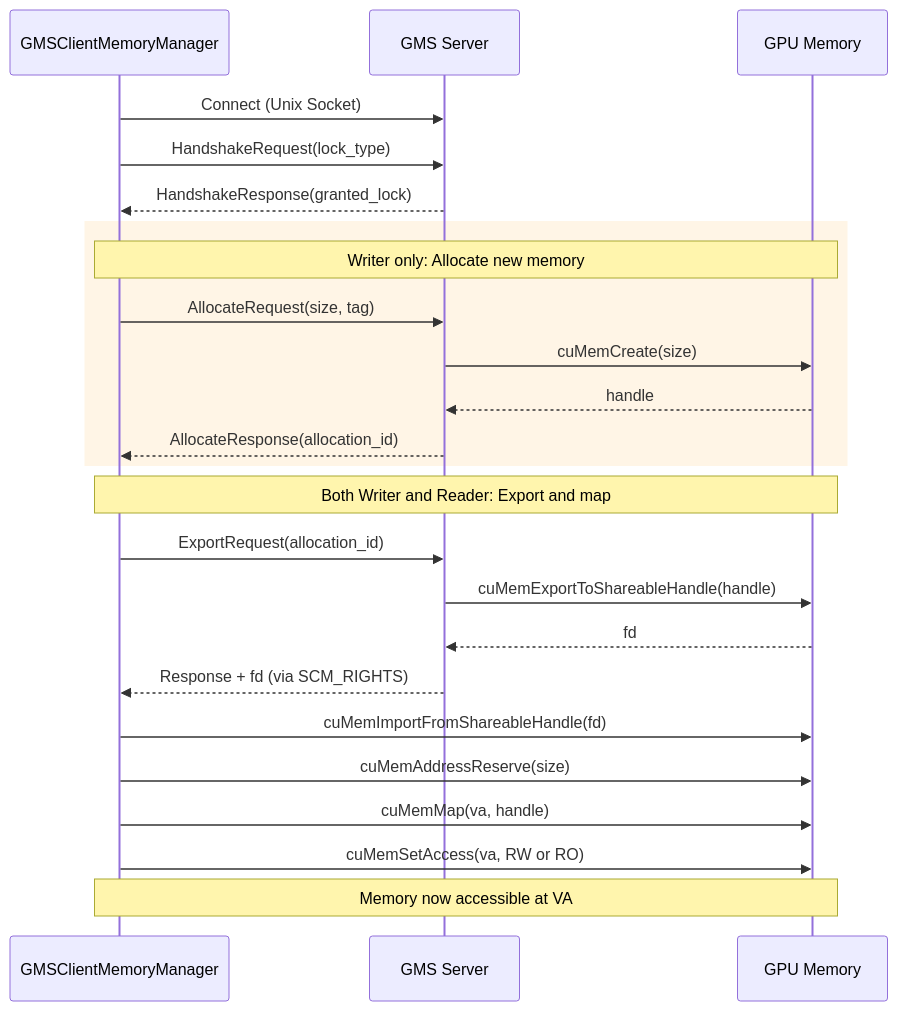
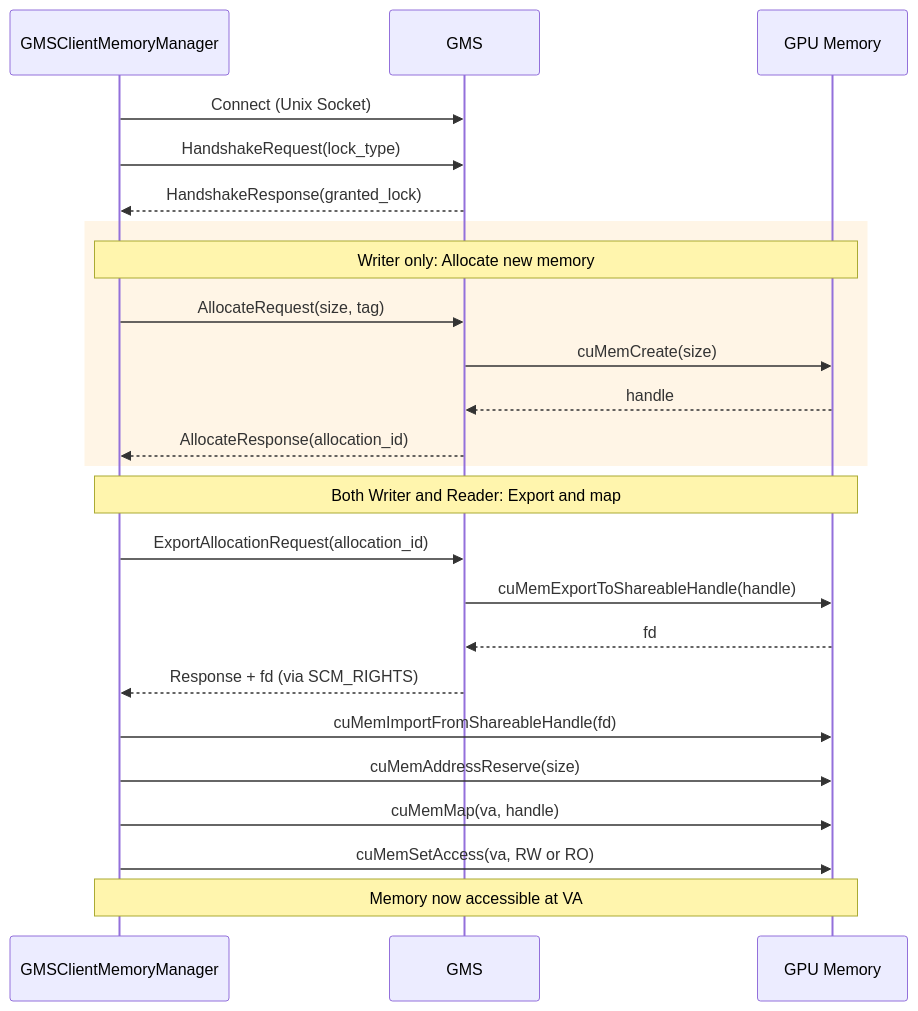
The first of 8 diagrams in lib/gpu_memory_service/README.md (ai-dynamo/dynamo), drawn with Mermaid before and after one commit. The commit also changed other lines of this file and 15 other files, not shown here.

Commit message:
Refactor GMS client and server session layers

````diff
--- a/lib/gpu_memory_service/README.md
+++ b/lib/gpu_memory_service/README.md
@@ -92,34 +92,34 @@
 ```mermaid
 sequenceDiagram
     participant C as GMSClientMemoryManager
-    participant S as GMS Server
+    participant S as GMS
     participant GPU as GPU Memory
 
     %% Connection
     C->>S: Connect (Unix Socket)
     C->>S: HandshakeRequest(lock_type)
     S-->>C: HandshakeResponse(granted_lock)
 
     %% Allocation (Writer only)
     rect rgb(255, 245, 230)
         Note over C,GPU: Writer only: Allocate new memory
         C->>S: AllocateRequest(size, tag)
         S->>GPU: cuMemCreate(size)
         GPU-->>S: handle
         S-->>C: AllocateResponse(allocation_id)
     end
 
     %% Export/Import (Both Writer and Reader)
     Note over C,GPU: Both Writer and Reader: Export and map
-    C->>S: ExportRequest(allocation_id)
+    C->>S: ExportAllocationRequest(allocation_id)
     S->>GPU: cuMemExportToShareableHandle(handle)
     GPU-->>S: fd
     S-->>C: Response + fd (via SCM_RIGHTS)
 
     C->>GPU: cuMemImportFromShareableHandle(fd)
     C->>GPU: cuMemAddressReserve(size)
     C->>GPU: cuMemMap(va, handle)
     C->>GPU: cuMemSetAccess(va, RW or RO)
 
     Note over C,GPU: Memory now accessible at VA
 ```
````
